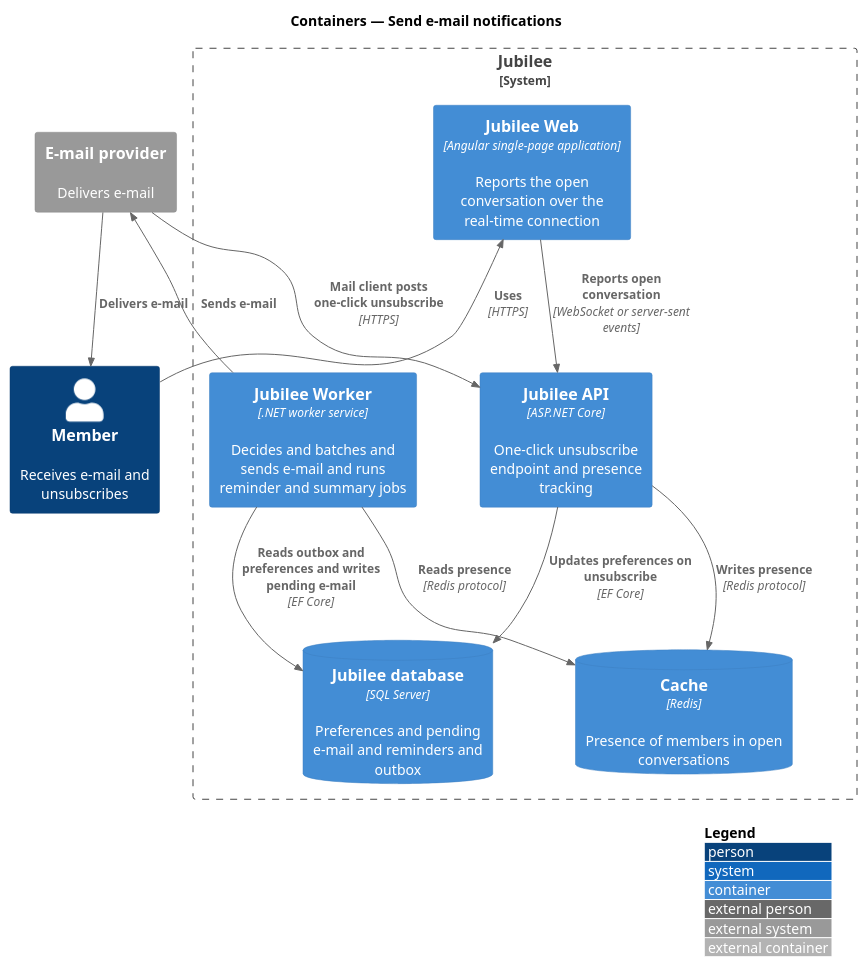
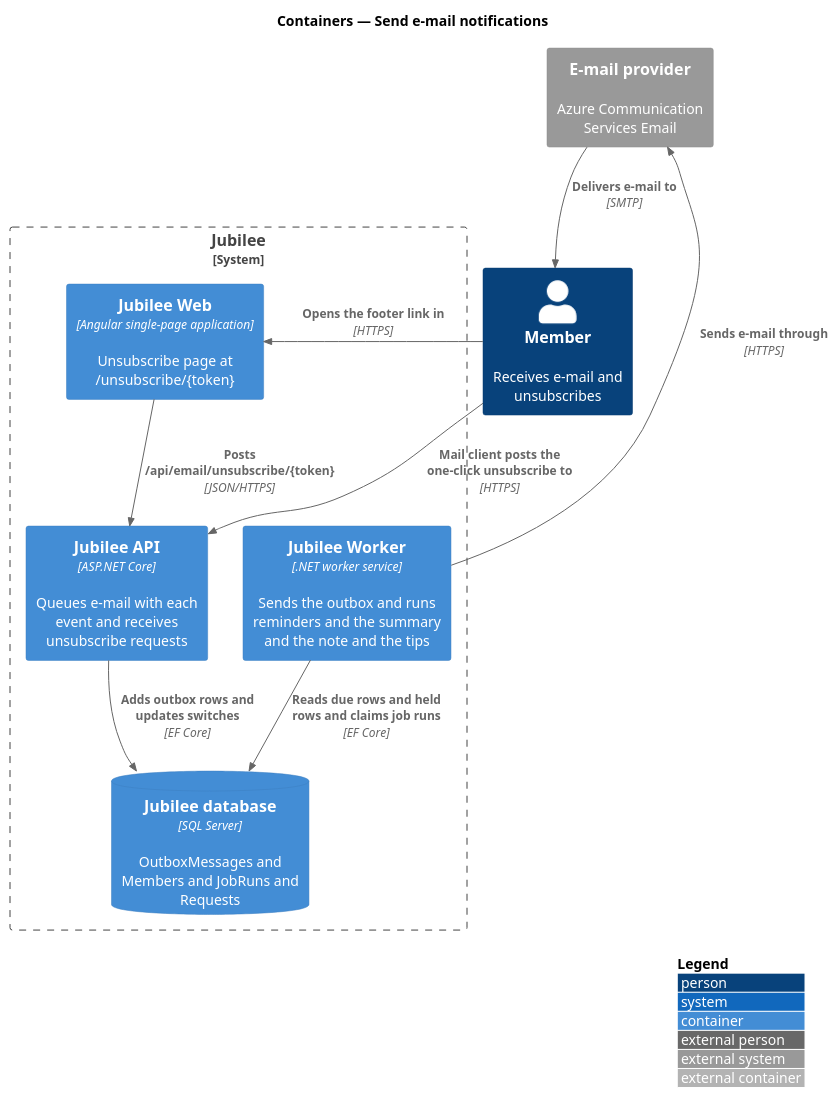
One commit to QuinntyneBrown/jubilee changed the diagram in docs/detailed-designs/notifications/send-email-notifications/diagrams/c4-container.puml. Above: the diagram before and after it, drawn with PlantUML. The commit also changed 81 other files, not shown here.

```diff
--- a/docs/detailed-designs/notifications/send-email-notifications/diagrams/c4-container.puml
+++ b/docs/detailed-designs/notifications/send-email-notifications/diagrams/c4-container.puml
@@ -1,25 +1,22 @@
 @startuml
 !include <C4/C4_Container>
 LAYOUT_WITH_LEGEND()
 title Containers — Send e-mail notifications
 
 Person(member, "Member", "Receives e-mail and unsubscribes")
 System_Boundary(jubilee, "Jubilee") {
-  Container(web, "Jubilee Web", "Angular single-page application", "Reports the open conversation over the real-time connection")
-  Container(api, "Jubilee API", "ASP.NET Core", "One-click unsubscribe endpoint and presence tracking")
-  Container(worker, "Jubilee Worker", ".NET worker service", "Decides and batches and sends e-mail and runs reminder and summary jobs")
-  ContainerDb(db, "Jubilee database", "SQL Server", "Preferences and pending e-mail and reminders and outbox")
-  ContainerDb(cache, "Cache", "Redis", "Presence of members in open conversations")
+  Container(web, "Jubilee Web", "Angular single-page application", "Unsubscribe page at /unsubscribe/{token}")
+  Container(api, "Jubilee API", "ASP.NET Core", "Queues e-mail with each event and receives unsubscribe requests")
+  Container(worker, "Jubilee Worker", ".NET worker service", "Sends the outbox and runs reminders and the summary and the note and the tips")
+  ContainerDb(db, "Jubilee database", "SQL Server", "OutboxMessages and Members and JobRuns and Requests")
 }
-System_Ext(email, "E-mail provider", "Delivers e-mail")
+System_Ext(email, "E-mail provider", "Azure Communication Services Email")
 
-Rel(member, web, "Uses", "HTTPS")
-Rel(web, api, "Reports open conversation", "WebSocket or server-sent events")
-Rel(api, cache, "Writes presence", "Redis protocol")
-Rel(api, db, "Updates preferences on unsubscribe", "EF Core")
-Rel(worker, db, "Reads outbox and preferences and writes pending e-mail", "EF Core")
-Rel(worker, cache, "Reads presence", "Redis protocol")
-Rel(worker, email, "Sends e-mail")
-Rel(email, member, "Delivers e-mail")
-Rel(email, api, "Mail client posts one-click unsubscribe", "HTTPS")
+Rel(member, web, "Opens the footer link in", "HTTPS")
+Rel(web, api, "Posts /api/email/unsubscribe/{token}", "JSON/HTTPS")
+Rel(member, api, "Mail client posts the one-click unsubscribe to", "HTTPS")
+Rel(api, db, "Adds outbox rows and updates switches", "EF Core")
+Rel(worker, db, "Reads due rows and held rows and claims job runs", "EF Core")
+Rel(worker, email, "Sends e-mail through", "HTTPS")
+Rel(email, member, "Delivers e-mail to", "SMTP")
 @enduml
```
